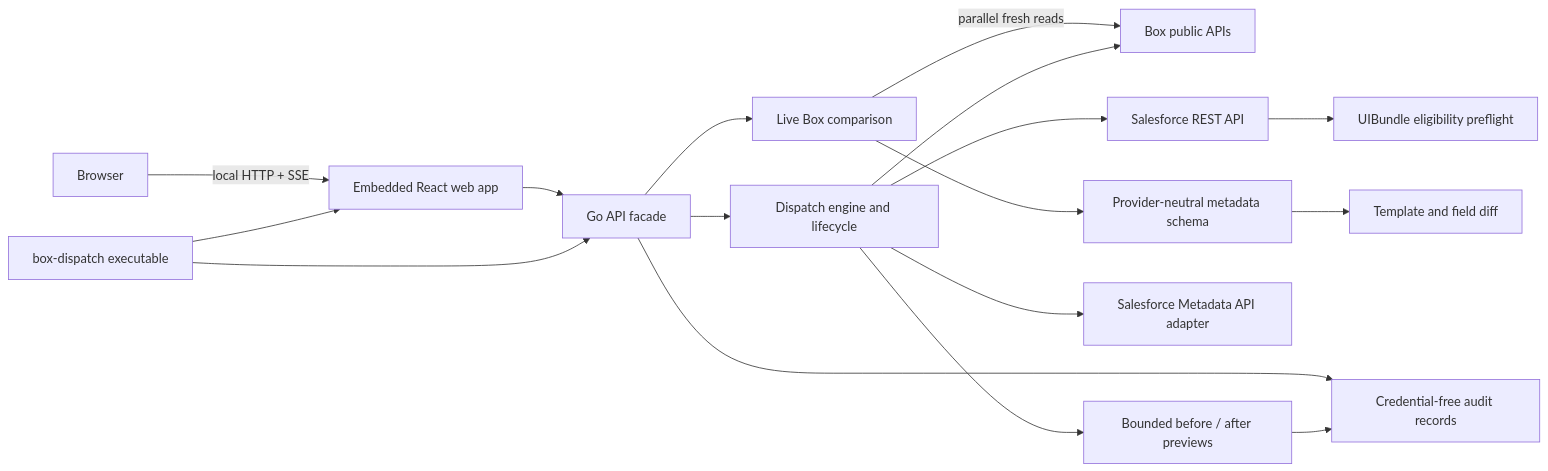
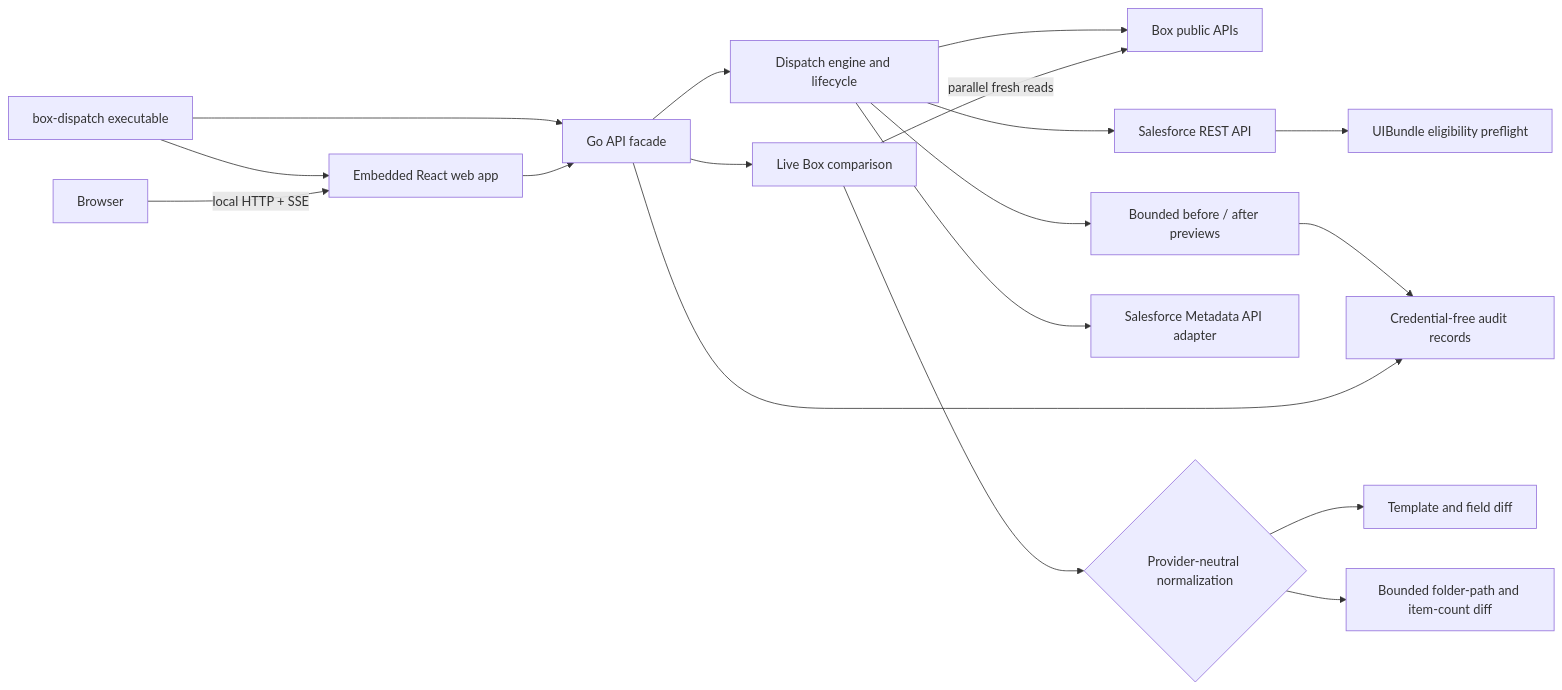
One commit to unofficialbox/box-dispatch changed the first of 2 diagrams in docs/WEB_APP_ARCHITECTURE.md. Above: the diagram before and after it, drawn with Mermaid. The commit also changed other lines of this file and 17 other files, not shown here.

Commit message:
Add live Box folder comparison (#49)

````diff
--- a/docs/WEB_APP_ARCHITECTURE.md
+++ b/docs/WEB_APP_ARCHITECTURE.md
@@ -10,19 +10,20 @@
 ```mermaid
 flowchart LR
     Executable["box-dispatch executable"] --> UI["Embedded React web app"]
     Executable --> API["Go API facade"]
     Browser["Browser"] -->|"local HTTP + SSE"| UI
     UI --> API
     API --> Engine["Dispatch engine and lifecycle"]
     API --> LiveCompare["Live Box comparison"]
     Engine --> Box["Box public APIs"]
     LiveCompare -->|"parallel fresh reads"| Box
-    LiveCompare --> Normalize["Provider-neutral metadata schema"]
-    Normalize --> SemanticDiff["Template and field diff"]
+    LiveCompare --> Normalize{"Provider-neutral normalization"}
+    Normalize --> MetadataDiff["Template and field diff"]
+    Normalize --> FolderDiff["Bounded folder-path and item-count diff"]
     Engine --> SalesforceREST["Salesforce REST API"]
     SalesforceREST --> SalesforceEligibility["UIBundle eligibility preflight"]
     Engine --> SalesforceMetadata["Salesforce Metadata API adapter"]
     Engine --> ChangeSnapshot["Bounded before / after previews"]
     ChangeSnapshot --> Audit["Credential-free audit records"]
     API --> Audit
 ```
````
